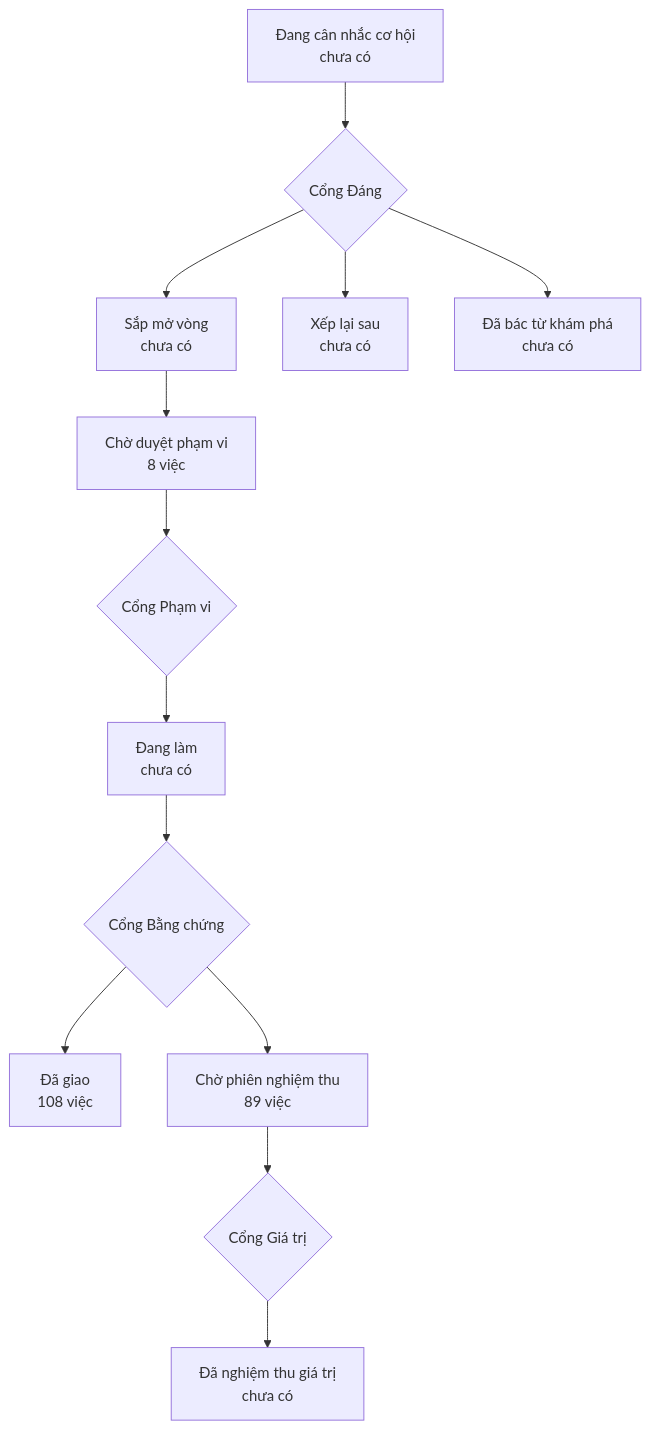
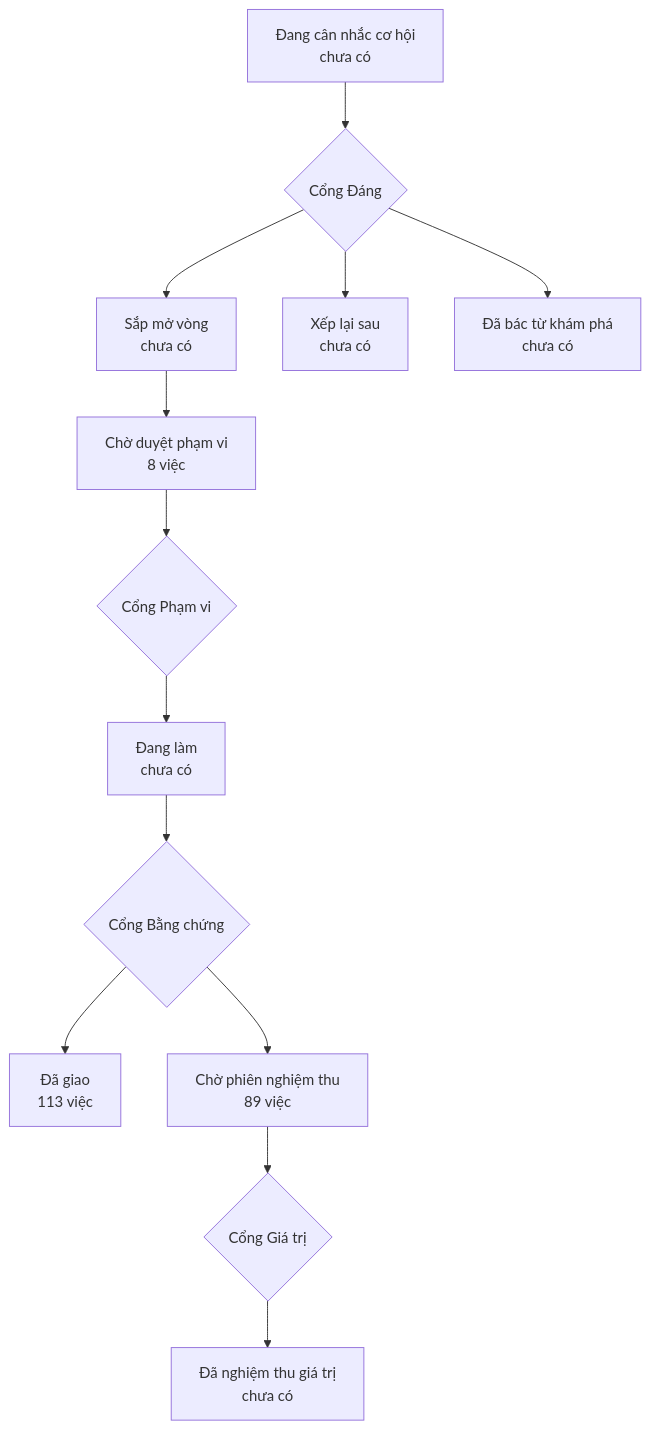
One commit to phanlemanh/onehub-invest changed the diagram in PRODUCT-MAP.md. Above: the diagram before and after it, drawn with Mermaid. The commit also changed other lines of this file and 1 other file, not shown here.

````diff
--- a/PRODUCT-MAP.md
+++ b/PRODUCT-MAP.md
@@ -7,12 +7,12 @@
 ```mermaid
 flowchart TD
   A["Đang cân nhắc cơ hội<br/>chưa có"] --> GD{"Cổng Đáng"}
   GD --> B["Sắp mở vòng<br/>chưa có"]
   GD --> XL["Xếp lại sau<br/>chưa có"]
   GD --> DB["Đã bác từ khám phá<br/>chưa có"]
   B --> CD["Chờ duyệt phạm vi<br/>8 việc"] --> GP{"Cổng Phạm vi"}
   GP --> DL["Đang làm<br/>chưa có"] --> GB{"Cổng Bằng chứng"}
-  GB --> DG["Đã giao<br/>108 việc"]
+  GB --> DG["Đã giao<br/>113 việc"]
   GB --> CN["Chờ phiên nghiệm thu<br/>89 việc"] --> GG{"Cổng Giá trị"}
   GG --> NT["Đã nghiệm thu giá trị<br/>chưa có"]
 ```
````
